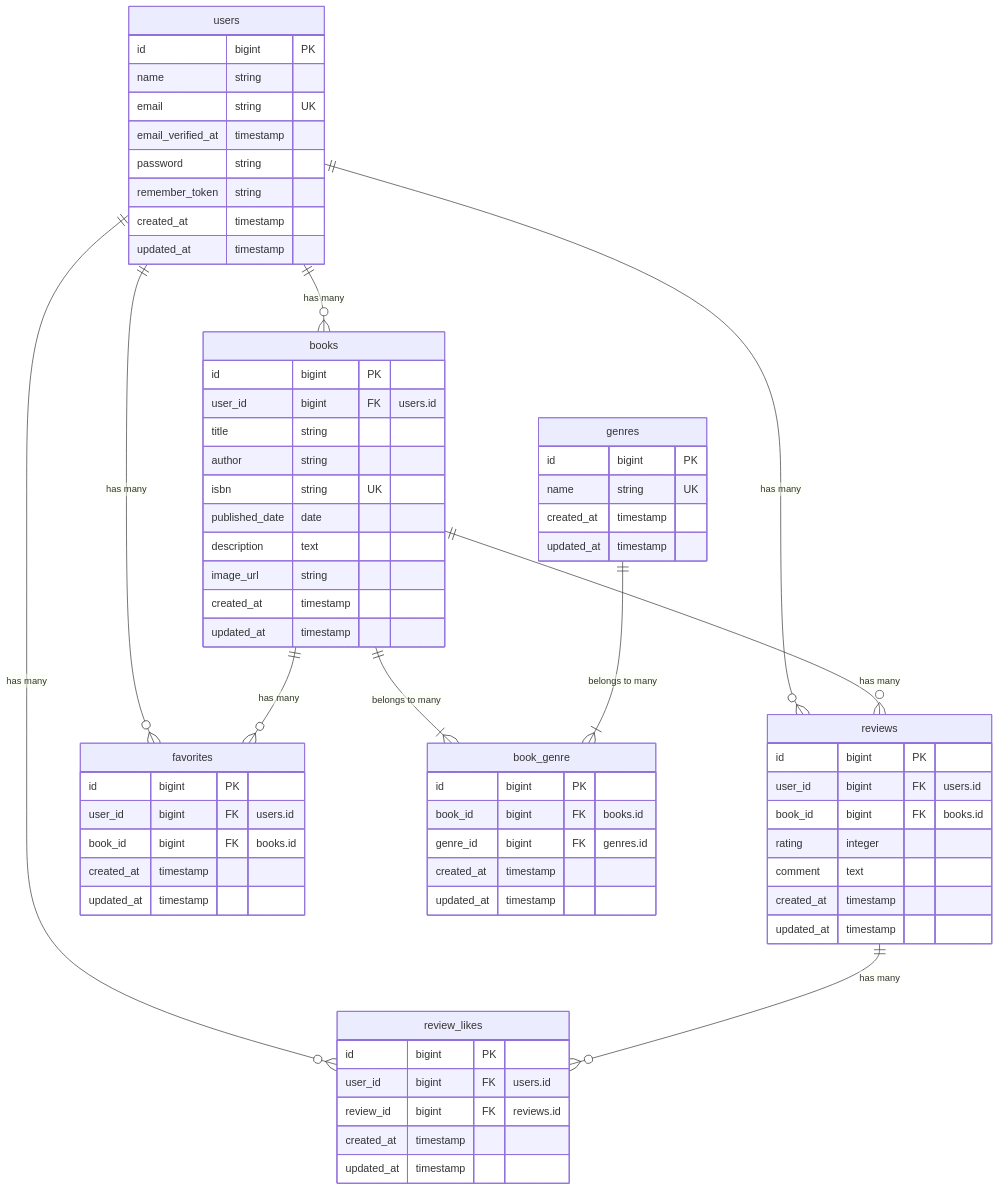
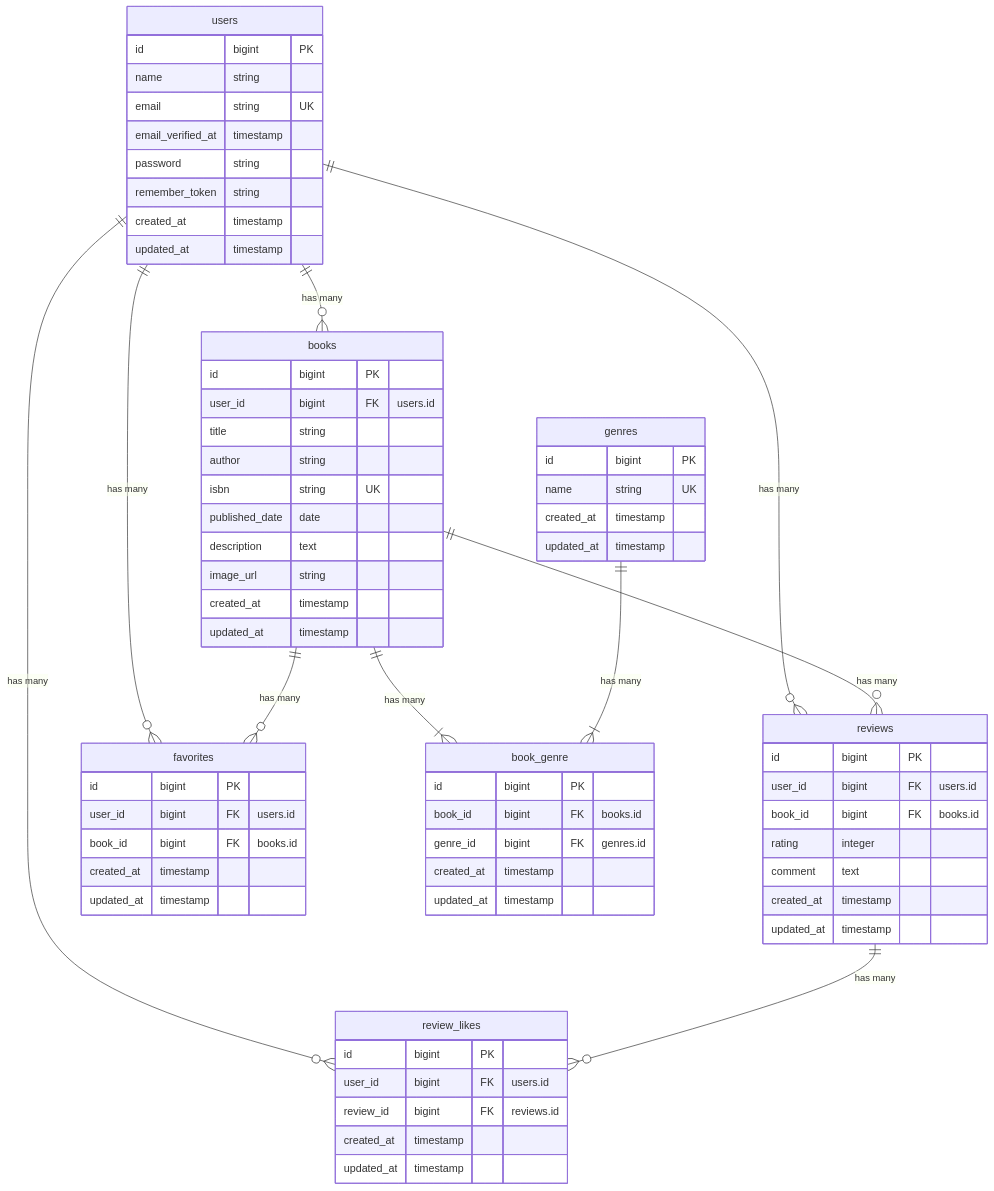
Before and after one commit to bossbossboss0425-ui/bookshelf-app: the diagram in README.md, drawn with Mermaid. The commit also changed 25 other files, not shown here.

````diff
--- a/README.md
+++ b/README.md
@@ -22,80 +22,80 @@
 ```mermaid
 erDiagram
     users ||--o{ books : "has many"
     users ||--o{ reviews : "has many"
     users ||--o{ favorites : "has many"
     users ||--o{ review_likes : "has many"
 
     books ||--o{ reviews : "has many"
     books ||--o{ favorites : "has many"
-    books ||--|{ book_genre : "belongs to many"
+    books ||--|{ book_genre : "has many"
 
-    genres ||--|{ book_genre : "belongs to many"
+    genres ||--|{ book_genre : "has many"
 
     reviews ||--o{ review_likes : "has many"
 
     users {
         id bigint PK
         name string
         email string UK
         email_verified_at timestamp
         password string
         remember_token string
         created_at timestamp
         updated_at timestamp
     }
 
     books {
         id bigint PK
         user_id bigint FK "users.id"
         title string
         author string
         isbn string UK
         published_date date
         description text
         image_url string
         created_at timestamp
         updated_at timestamp
     }
 
     genres {
         id bigint PK
         name string UK
         created_at timestamp
         updated_at timestamp
     }
 
     book_genre {
         id bigint PK
         book_id bigint FK "books.id"
         genre_id bigint FK "genres.id"
         created_at timestamp
         updated_at timestamp
     }
 
     reviews {
         id bigint PK
         user_id bigint FK "users.id"
         book_id bigint FK "books.id"
         rating integer
         comment text
         created_at timestamp
         updated_at timestamp
     }
 
     favorites {
         id bigint PK
         user_id bigint FK "users.id"
         book_id bigint FK "books.id"
         created_at timestamp
         updated_at timestamp
     }
 
     review_likes {
         id bigint PK
         user_id bigint FK "users.id"
         review_id bigint FK "reviews.id"
         created_at timestamp
         updated_at timestamp
     }
 ```
````
